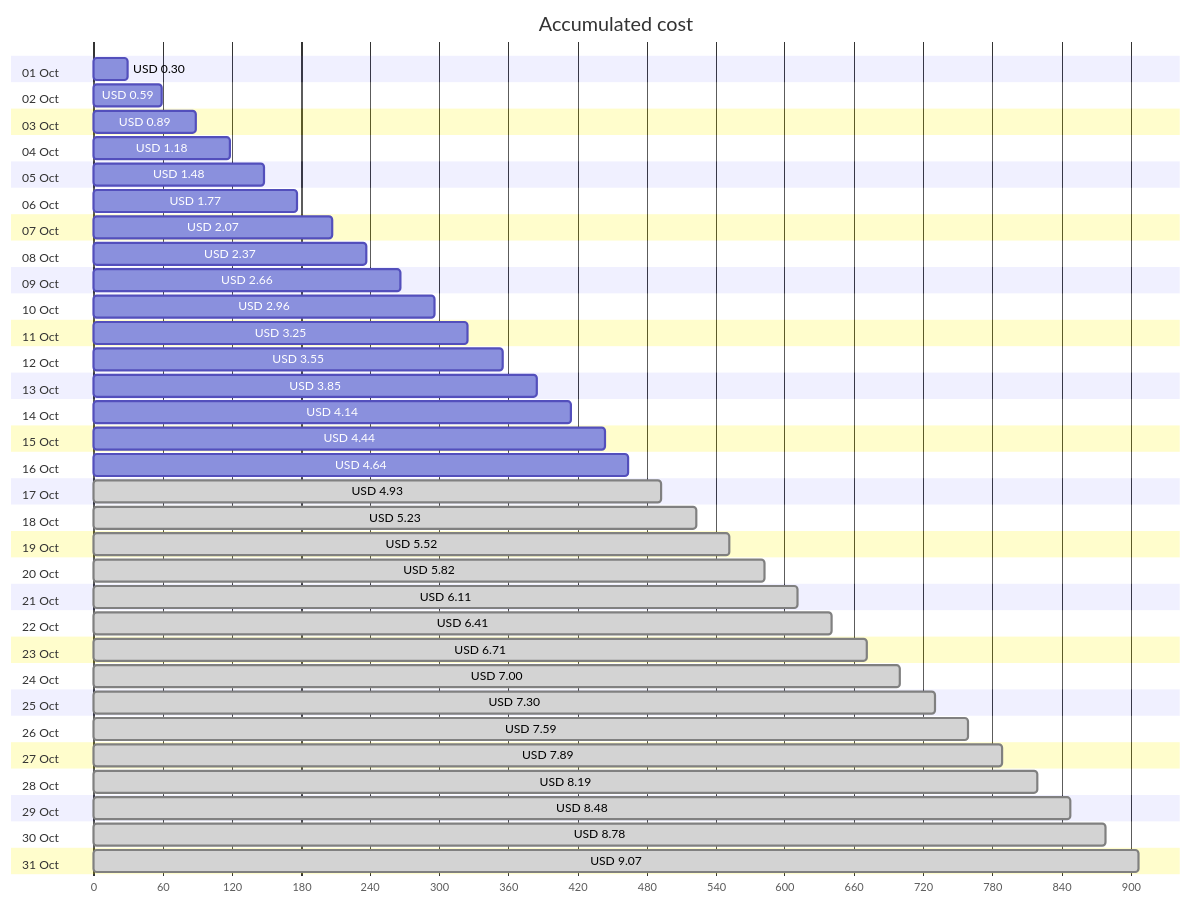
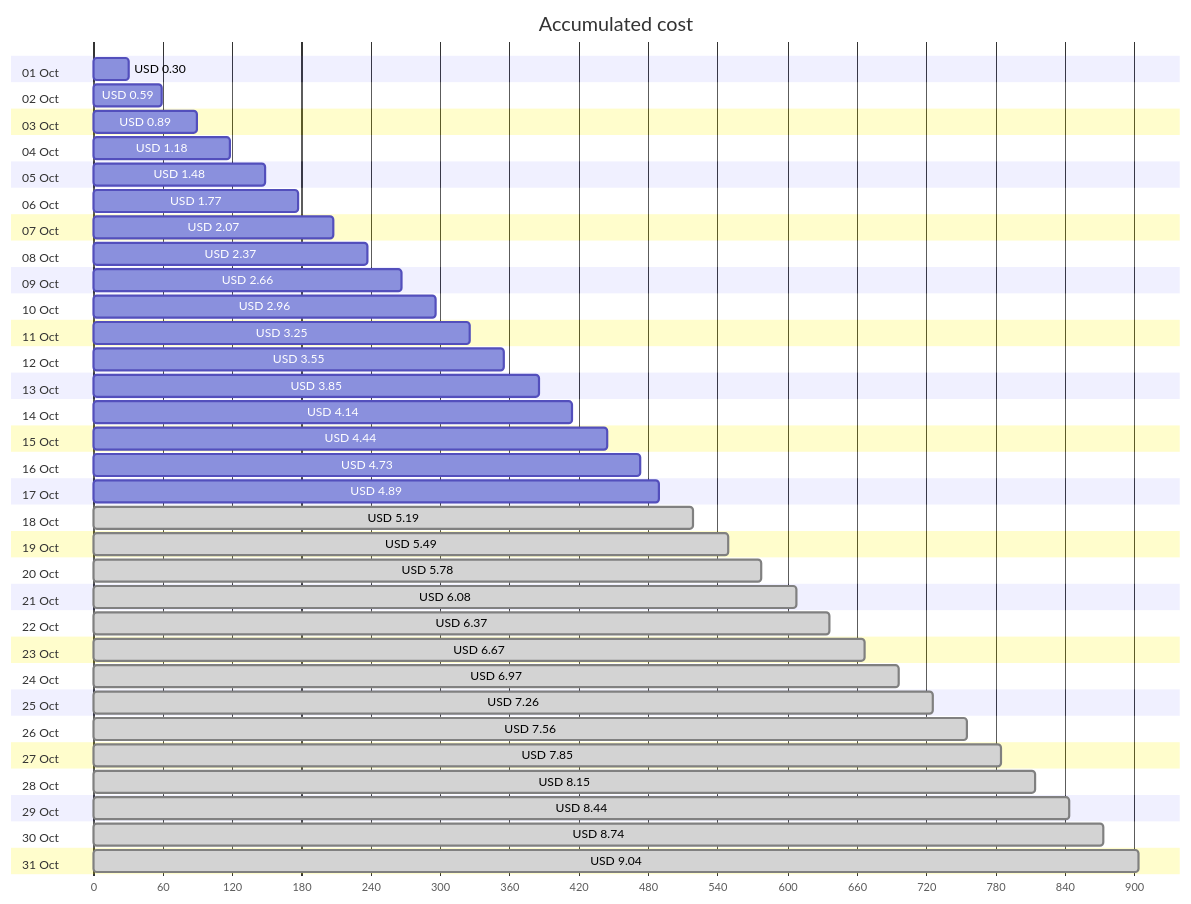
Before and after one commit to jpfulton/azure-personal-reports: the first of 4 diagrams in cost-reports/personal-site/personal-site.md, drawn with Mermaid. The commit also changed other lines of this file and 7 other files, not shown here.

````diff
--- a/cost-reports/personal-site/personal-site.md
+++ b/cost-reports/personal-site/personal-site.md
@@ -20,68 +20,68 @@
 ```mermaid
 gantt
    title Accumulated cost
    dateFormat  X
    axisFormat %s
    section 01 Oct
    USD 0.30 :0, 30
    section 02 Oct
    USD 0.59 :0, 59
    section 03 Oct
    USD 0.89 :0, 89
    section 04 Oct
    USD 1.18 :0, 118
    section 05 Oct
    USD 1.48 :0, 148
    section 06 Oct
    USD 1.77 :0, 177
    section 07 Oct
    USD 2.07 :0, 207
    section 08 Oct
    USD 2.37 :0, 237
    section 09 Oct
    USD 2.66 :0, 266
    section 10 Oct
    USD 2.96 :0, 296
    section 11 Oct
    USD 3.25 :0, 325
    section 12 Oct
    USD 3.55 :0, 355
    section 13 Oct
    USD 3.85 :0, 385
    section 14 Oct
    USD 4.14 :0, 414
    section 15 Oct
    USD 4.44 :0, 444
    section 16 Oct
-   USD 4.64 :0, 464
+   USD 4.73 :0, 473
    section 17 Oct
-   USD 4.93 : done, 0, 493
+   USD 4.89 :0, 489
    section 18 Oct
-   USD 5.23 : done, 0, 523
+   USD 5.19 : done, 0, 519
    section 19 Oct
-   USD 5.52 : done, 0, 552
+   USD 5.49 : done, 0, 549
    section 20 Oct
-   USD 5.82 : done, 0, 582
+   USD 5.78 : done, 0, 578
    section 21 Oct
-   USD 6.11 : done, 0, 611
+   USD 6.08 : done, 0, 608
    section 22 Oct
-   USD 6.41 : done, 0, 641
+   USD 6.37 : done, 0, 637
    section 23 Oct
-   USD 6.71 : done, 0, 671
+   USD 6.67 : done, 0, 667
    section 24 Oct
-   USD 7.00 : done, 0, 700
+   USD 6.97 : done, 0, 697
    section 25 Oct
-   USD 7.30 : done, 0, 730
+   USD 7.26 : done, 0, 726
    section 26 Oct
-   USD 7.59 : done, 0, 759
+   USD 7.56 : done, 0, 756
    section 27 Oct
-   USD 7.89 : done, 0, 789
+   USD 7.85 : done, 0, 785
    section 28 Oct
-   USD 8.19 : done, 0, 819
+   USD 8.15 : done, 0, 815
    section 29 Oct
-   USD 8.48 : done, 0, 848
+   USD 8.44 : done, 0, 844
    section 30 Oct
-   USD 8.78 : done, 0, 878
+   USD 8.74 : done, 0, 874
    section 31 Oct
-   USD 9.07 : done, 0, 907
+   USD 9.04 : done, 0, 904
 ```
````
